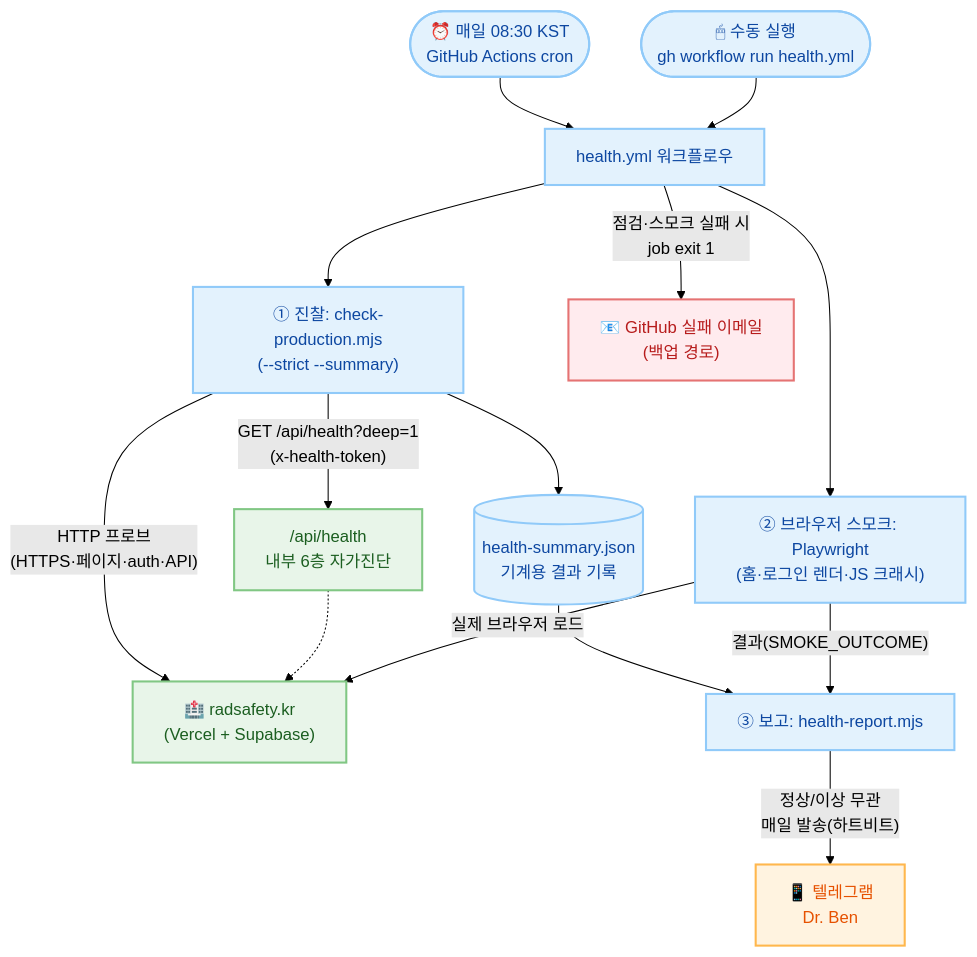
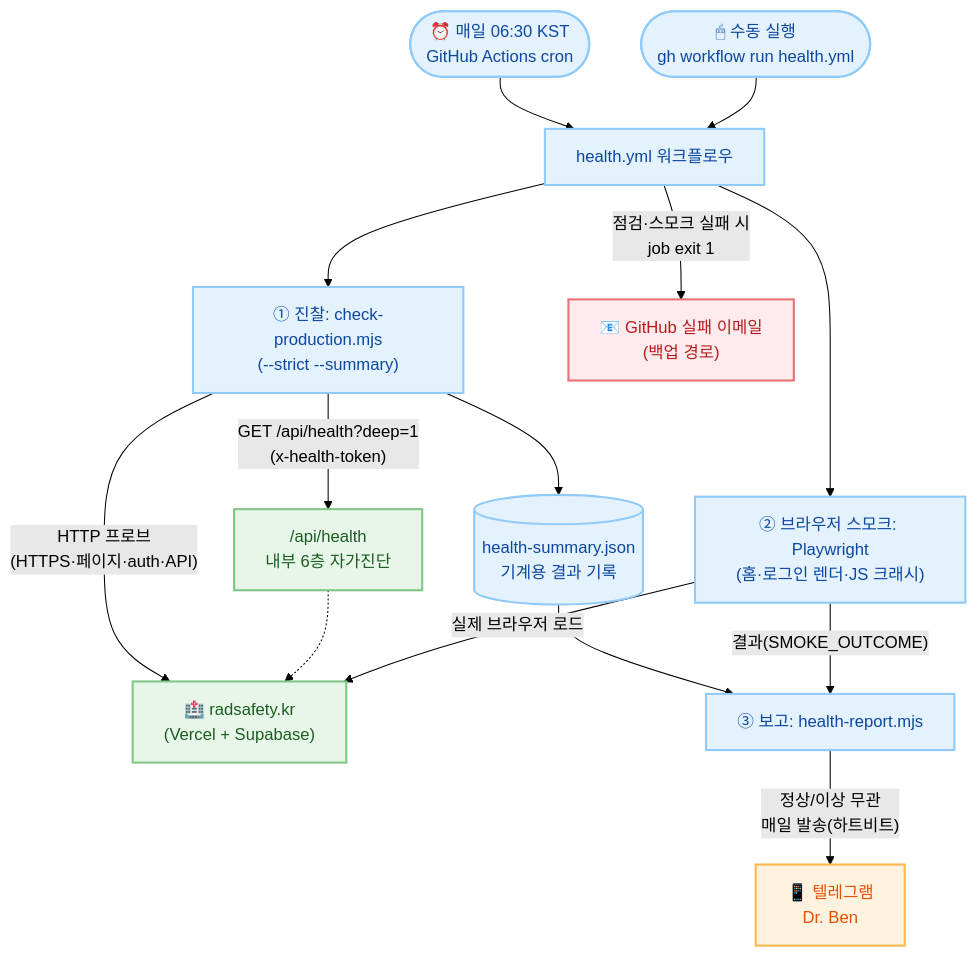
The first of 4 diagrams in documents/health_monitoring_guide.md (ai4radmed/radsafety-pwa), drawn with Mermaid (forest theme) before and after one commit. The commit also changed other lines of this file and 2 other files, not shown here.

Commit message:
chore(health): 아침 보고 시각 08:30 → 06:30 KST (cron 30 21 * * * UTC)

````diff
--- a/documents/health_monitoring_guide.md
+++ b/documents/health_monitoring_guide.md
@@ -25,29 +25,29 @@
 ```mermaid
 graph TD
     classDef gh fill:#e3f2fd,stroke:#90caf9,stroke-width:2px,color:#0d47a1;
     classDef app fill:#e8f5e9,stroke:#81c784,stroke-width:2px,color:#1b5e20;
     classDef alert fill:#fff3e0,stroke:#ffb74d,stroke-width:2px,color:#e65100;
     classDef fail fill:#ffebee,stroke:#e57373,stroke-width:2px,color:#b71c1c;
 
-    CRON([⏰ 매일 08:30 KST<br/>GitHub Actions cron]):::gh
+    CRON([⏰ 매일 06:30 KST<br/>GitHub Actions cron]):::gh
     MANUAL([🖱 수동 실행<br/>gh workflow run health.yml]):::gh
 
     CRON --> WF[health.yml 워크플로우]:::gh
     MANUAL --> WF
 
     WF --> CHECK["① 진찰: check-production.mjs<br/>(--strict --summary)"]:::gh
     CHECK -- "HTTP 프로브<br/>(HTTPS·페이지·auth·API)" --> APP["🏥 radsafety.kr<br/>(Vercel + Supabase)"]:::app
     CHECK -- "GET /api/health?deep=1<br/>(x-health-token)" --> DOCTOR["/api/health<br/>내부 6층 자가진단"]:::app
     DOCTOR -.-> APP
 
     CHECK --> JSON[("health-summary.json<br/>기계용 결과 기록")]:::gh
 
     WF --> SMOKE["② 브라우저 스모크: Playwright<br/>(홈·로그인 렌더·JS 크래시)"]:::gh
     SMOKE -- "실제 브라우저 로드" --> APP
 
     JSON --> REPORT["③ 보고: health-report.mjs"]:::gh
     SMOKE -- "결과(SMOKE_OUTCOME)" --> REPORT
 
     REPORT -- "정상/이상 무관<br/>매일 발송(하트비트)" --> TG["📱 텔레그램<br/>Dr. Ben"]:::alert
     WF -- "점검·스모크 실패 시<br/>job exit 1" --> MAIL["📧 GitHub 실패 이메일<br/>(백업 경로)"]:::fail
 ```
````
